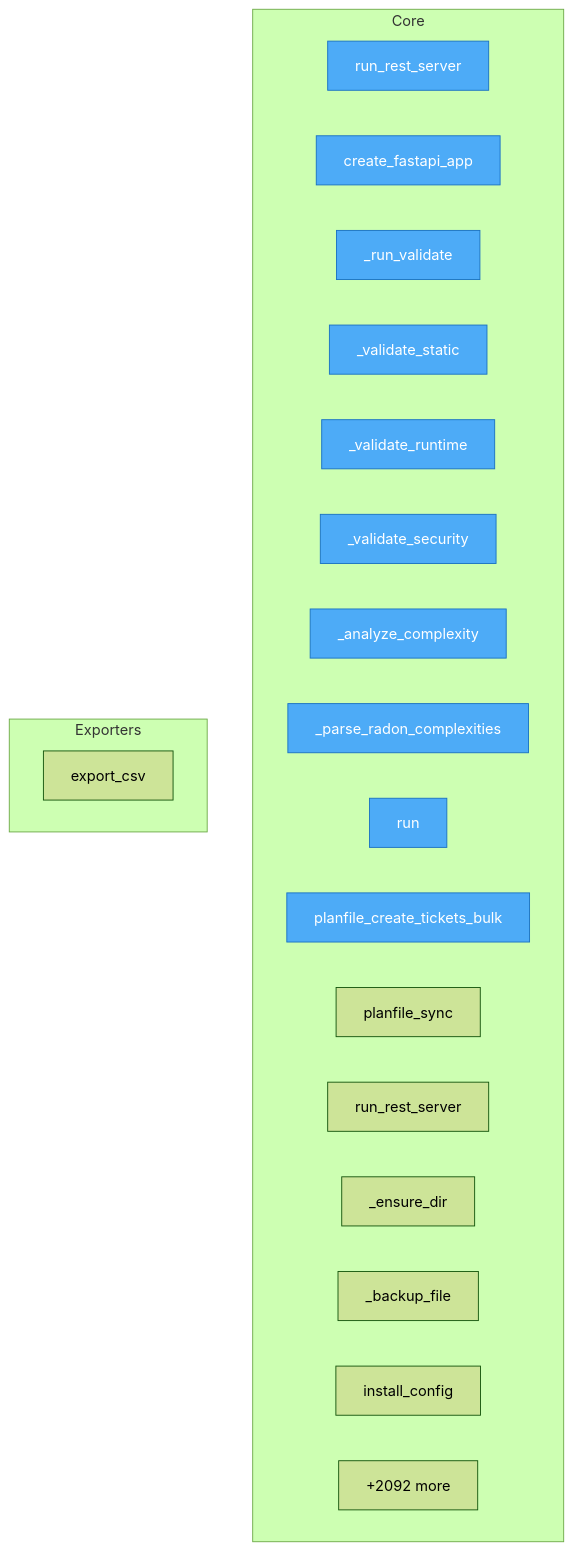
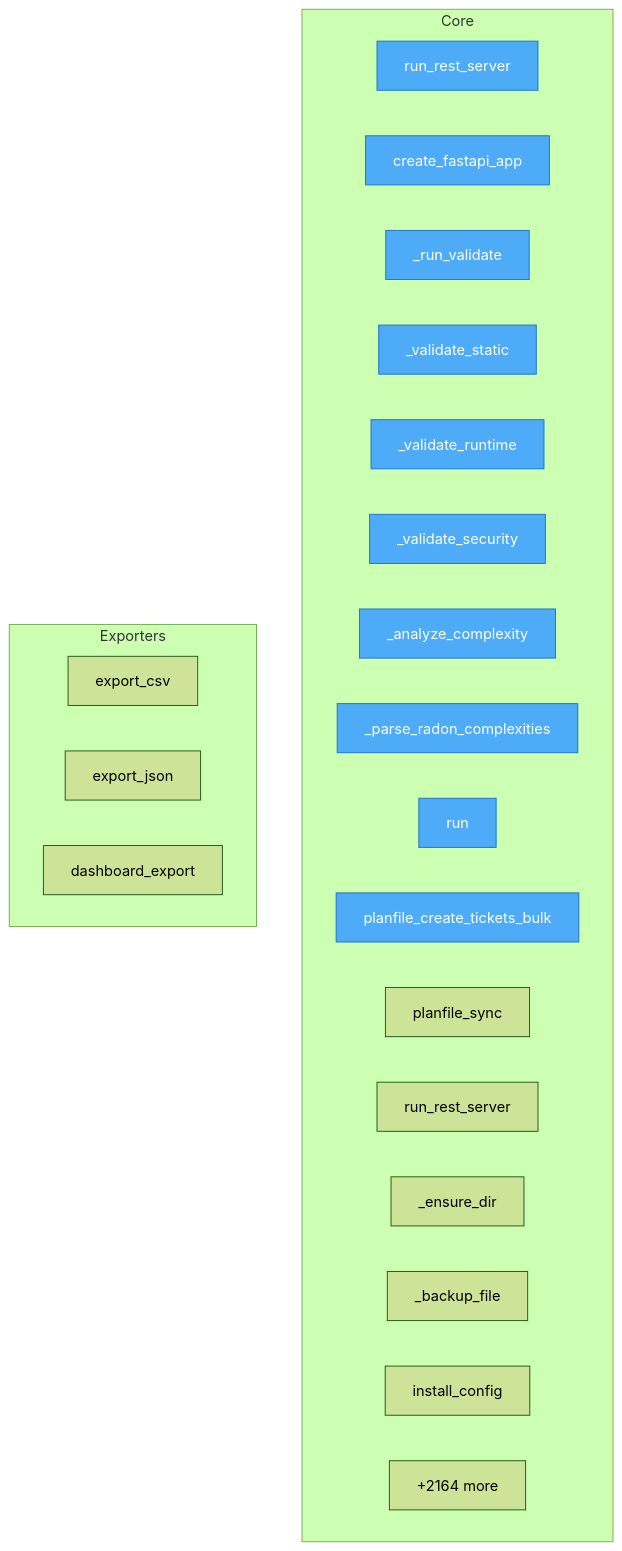
Before and after one commit to semcod/algitex: the diagram in project/flow.mmd, drawn with Mermaid (forest theme). The commit also changed 22 other files, not shown here.

```diff
--- a/project/flow.mmd
+++ b/project/flow.mmd
@@ -1,29 +1,31 @@
 flowchart TD
 
     %% Entry points (blue)
     classDef entry fill:#4dabf7,stroke:#1971c2,color:#fff
 
     subgraph Core
         N___algitex__backups__batch_20260328_142940__docker__aider_mcp__aider_mcp_server__run_rest_server["run_rest_server"]
         N___algitex__backups__batch_20260328_142940__docker__vallm__vallm_server__VallmServer__create_fastapi_app["create_fastapi_app"]
         N___algitex__backups__batch_20260328_142940__docker__vallm__vallm_server__VallmServer___run_validate["_run_validate"]
         N___algitex__backups__batch_20260328_142940__docker__vallm__vallm_server__VallmServer___validate_static["_validate_static"]
         N___algitex__backups__batch_20260328_142940__docker__vallm__vallm_server__VallmServer___validate_runtime["_validate_runtime"]
         N___algitex__backups__batch_20260328_142940__docker__vallm__vallm_server__VallmServer___validate_security["_validate_security"]
         N___algitex__backups__batch_20260328_142940__docker__vallm__vallm_server__VallmServer___analyze_complexity["_analyze_complexity"]
         N___algitex__backups__batch_20260328_142940__docker__vallm__vallm_server__VallmServer___parse_radon_complexities["_parse_radon_complexities"]
         N___algitex__backups__batch_20260328_142940__docker__vallm__vallm_server__VallmServer__run["run"]
         N___algitex__backups__batch_20260328_142940__docker__planfile_mcp__planfile_mcp_server__planfile_create_tickets_bulk["planfile_create_tickets_bulk"]
         N___algitex__backups__batch_20260328_142940__docker__planfile_mcp__planfile_mcp_server__planfile_sync["planfile_sync"]
         N___algitex__backups__batch_20260328_142940__docker__planfile_mcp__planfile_mcp_server__run_rest_server["run_rest_server"]
         N___algitex__backups__batch_20260328_142940__src__algitex__tools__config__ConfigManager___ensure_dir["_ensure_dir"]
         N___algitex__backups__batch_20260328_142940__src__algitex__tools__config__ConfigManager___backup_file["_backup_file"]
         N___algitex__backups__batch_20260328_142940__src__algitex__tools__config__ConfigManager__install_config["install_config"]
-        ...["+2092 more"]
+        ...["+2164 more"]
     end
 
     subgraph Exporters
         src__algitex__metrics__MetricsReporter__export_csv["export_csv"]
+        src__algitex__benchmark__BenchmarkRunner__export_json["export_json"]
+        src__algitex__cli__dashboard__dashboard_export["dashboard_export"]
     end
 
     class N___algitex__backups__batch_20260328_142940__docker__aider_mcp__aider_mcp_server__run_rest_server,N___algitex__backups__batch_20260328_142940__docker__vallm__vallm_server__VallmServer__create_fastapi_app,N___algitex__backups__batch_20260328_142940__docker__vallm__vallm_server__VallmServer___run_validate,N___algitex__backups__batch_20260328_142940__docker__vallm__vallm_server__VallmServer___validate_static,N___algitex__backups__batch_20260328_142940__docker__vallm__vallm_server__VallmServer___validate_runtime,N___algitex__backups__batch_20260328_142940__docker__vallm__vallm_server__VallmServer___validate_security,N___algitex__backups__batch_20260328_142940__docker__vallm__vallm_server__VallmServer___analyze_complexity,N___algitex__backups__batch_20260328_142940__docker__vallm__vallm_server__VallmServer___parse_radon_complexities,N___algitex__backups__batch_20260328_142940__docker__vallm__vallm_server__VallmServer__run,N___algitex__backups__batch_20260328_142940__docker__planfile_mcp__planfile_mcp_server__planfile_create_tickets_bulk entry
```
